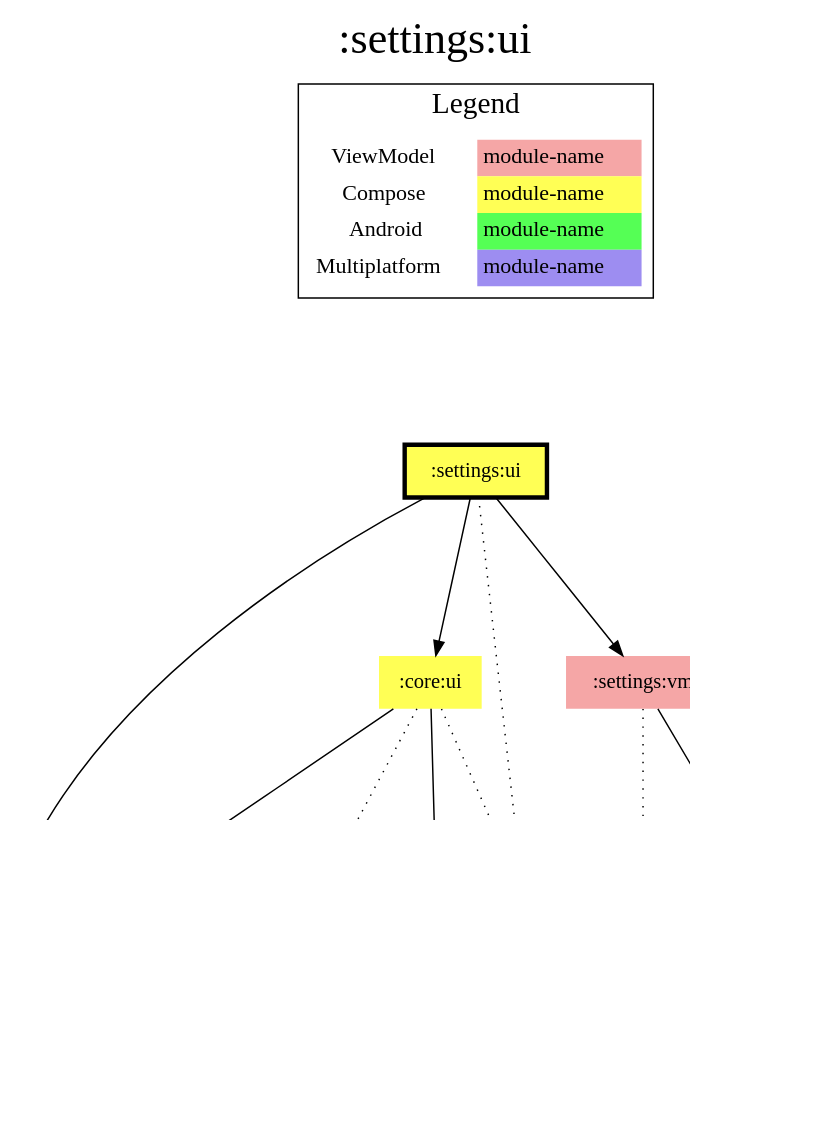
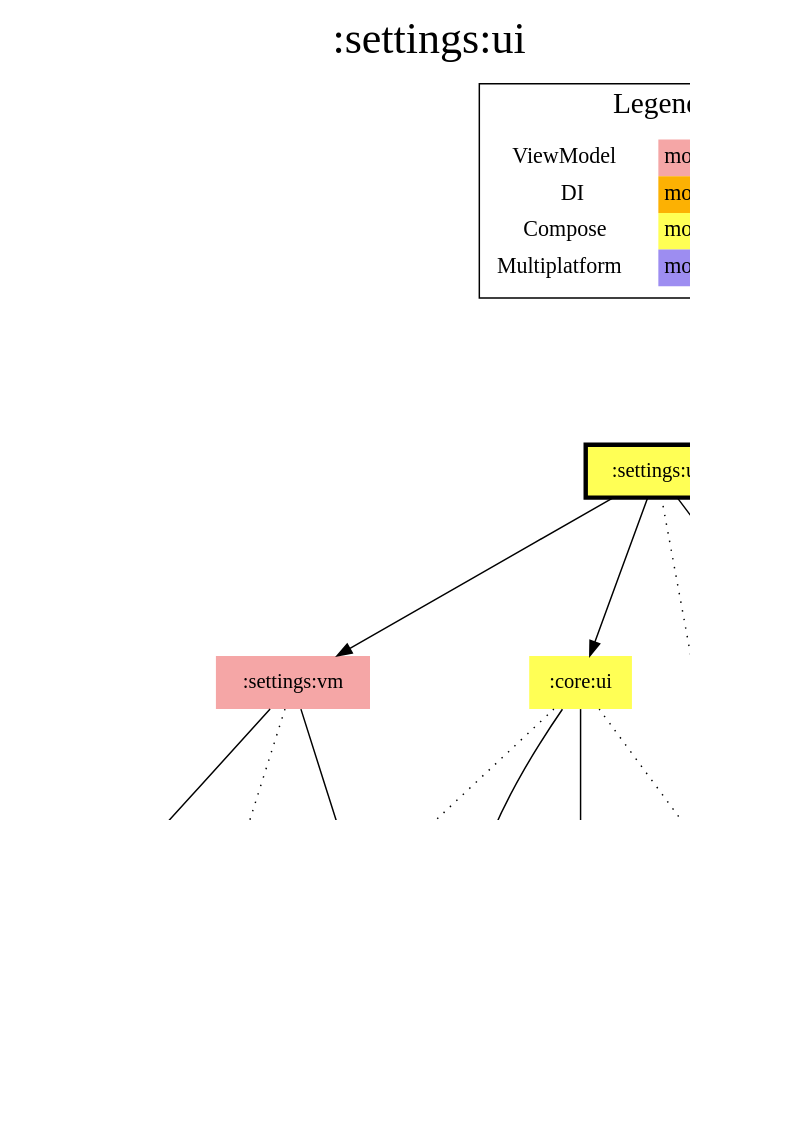
Before and after one commit to jonapoul/aktual: the diagram in modules/settings/ui/modules.dot, drawn with Graphviz. The commit also changed 719 other files, not shown here.

```diff
--- a/modules/settings/ui/modules.dot
+++ b/modules/settings/ui/modules.dot
@@ -1,44 +1,45 @@
 digraph {
 edge ["dir"="forward"]
 graph ["dpi"="100","label"=":settings:ui","labelloc"="t","fontsize"="30","ranksep"="1.5","rankdir"="TB"]
 node ["style"="filled"]
 ":account:model" ["fillcolor"="#9D8DF1","shape"="none"]
 ":budget:model" ["fillcolor"="#9D8DF1","shape"="none"]
-":core:android" ["fillcolor"="#55FF55","shape"="none"]
+":core:di" ["fillcolor"="#FCB103","shape"="none"]
 ":core:model" ["fillcolor"="#9D8DF1","shape"="none"]
 ":core:ui" ["fillcolor"="#FFFF55","shape"="none"]
 ":l10n" ["fillcolor"="#9D8DF1","shape"="none"]
 ":logging" ["fillcolor"="#9D8DF1","shape"="none"]
 ":prefs" ["fillcolor"="#9D8DF1","shape"="none"]
 ":settings:ui" ["fillcolor"="#FFFF55","color"="black","penwidth"="3","shape"="box"]
 ":settings:vm" ["fillcolor"="#F5A6A6","shape"="none"]
 {
 edge ["dir"="none"]
 graph ["rank"="same"]
 ":settings:ui"
 }
 ":core:ui" -> ":budget:model"
-":core:ui" -> ":core:android" ["style"="dotted"]
+":core:ui" -> ":core:di" ["style"="dotted"]
 ":core:ui" -> ":core:model"
 ":core:ui" -> ":l10n" ["style"="dotted"]
 ":prefs" -> ":account:model"
 ":prefs" -> ":core:model"
 ":settings:ui" -> ":core:model"
 ":settings:ui" -> ":core:ui"
 ":settings:ui" -> ":l10n" ["style"="dotted"]
 ":settings:ui" -> ":settings:vm"
+":settings:vm" -> ":core:di"
 ":settings:vm" -> ":logging" ["style"="dotted"]
 ":settings:vm" -> ":prefs"
 subgraph "cluster_legend" {
 edge ["dir"="none"]
 graph ["label"="Legend","fontsize"="20"]
 "Legend" ["style"="filled","fillcolor"="#FFFFFF","shape"="none","margin"="0","fontsize"="15","label"=<
 <TABLE BORDER="0" CELLBORDER="0" CELLSPACING="0" CELLPADDING="4">
 <TR><TD>ViewModel</TD><TD BGCOLOR="#F5A6A6">module-name</TD></TR>
+<TR><TD>DI</TD><TD BGCOLOR="#FCB103">module-name</TD></TR>
 <TR><TD>Compose</TD><TD BGCOLOR="#FFFF55">module-name</TD></TR>
-<TR><TD>Android</TD><TD BGCOLOR="#55FF55">module-name</TD></TR>
 <TR><TD>Multiplatform</TD><TD BGCOLOR="#9D8DF1">module-name</TD></TR>
 </TABLE>
 >]
 } -> ":settings:ui" ["style"="invis"]
 }
```
